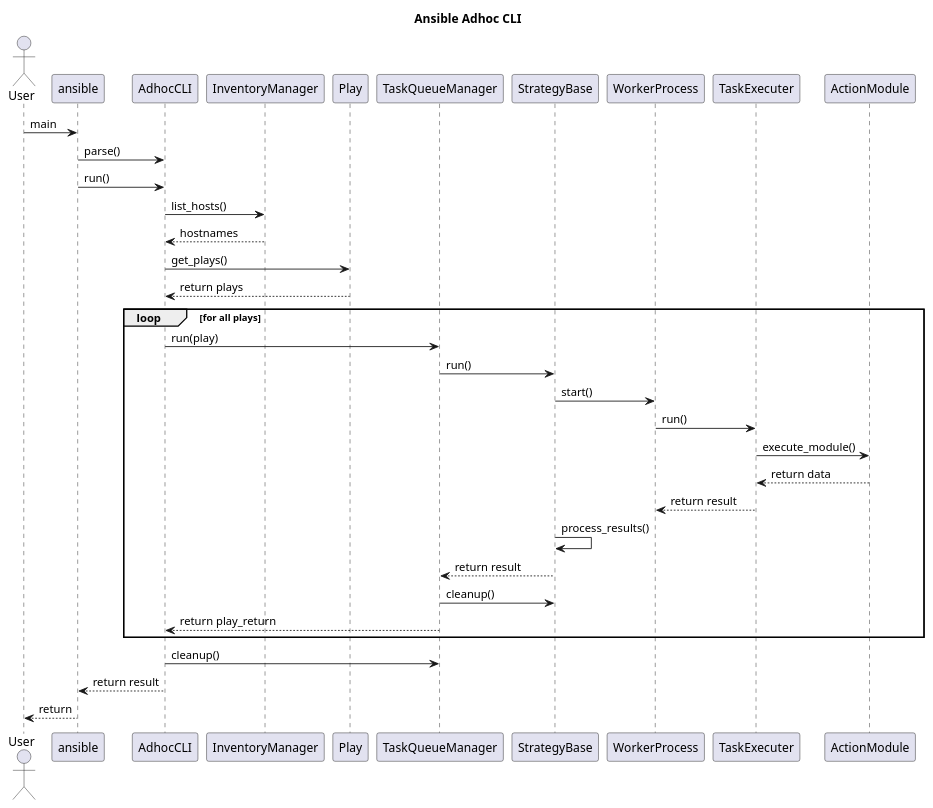
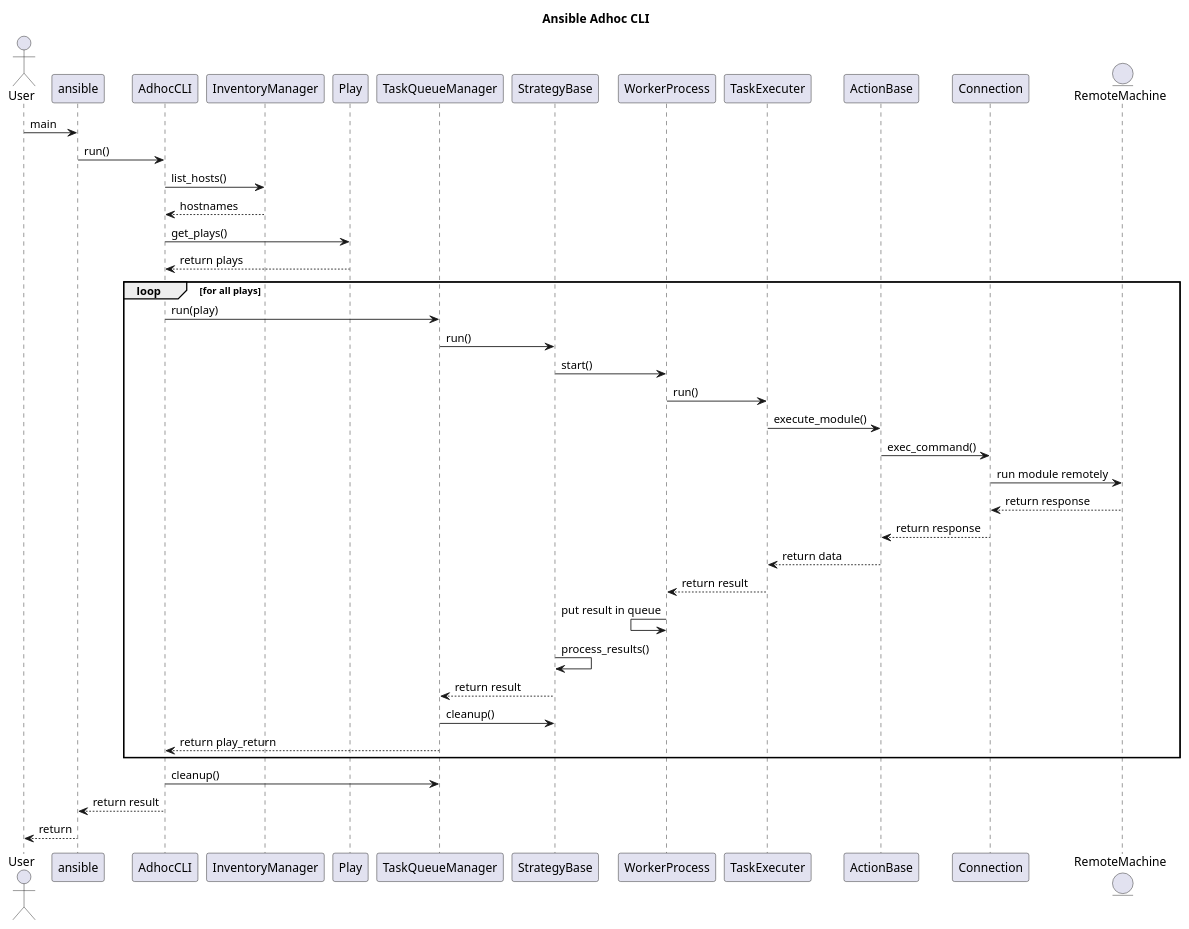
Before and after one commit to ezequiels/nazz: the diagram in project/uml/SequenceDiagram/AdhocCLI.puml, drawn with PlantUML.

Commit message:
Updated adhocLI seq diagram

```diff
--- a/project/uml/SequenceDiagram/AdhocCLI.puml
+++ b/project/uml/SequenceDiagram/AdhocCLI.puml
@@ -1,30 +1,35 @@
 @startuml
 
 title Ansible Adhoc CLI
 actor User
 User->ansible: main
-ansible->AdhocCLI: parse()
 ansible->AdhocCLI: run()
 AdhocCLI->InventoryManager: list_hosts()
 InventoryManager-->AdhocCLI: hostnames
 AdhocCLI->Play: get_plays()
 Play-->AdhocCLI: return plays
 loop for all plays
     AdhocCLI->TaskQueueManager:run(play)
     TaskQueueManager->StrategyBase: run()
     StrategyBase->WorkerProcess: start()
     WorkerProcess->TaskExecuter: run()
-    TaskExecuter->ActionModule: execute_module()
-    ActionModule-->TaskExecuter: return data
+    TaskExecuter->ActionBase: execute_module()
+    ActionBase -> Connection: exec_command()
+    entity RemoteMachine
+    Connection->RemoteMachine:run module remotely
+    Connection <-- RemoteMachine: return response
+    ActionBase <-- Connection: return response
+    ActionBase-->TaskExecuter: return data
     TaskExecuter-->WorkerProcess: return result
+    WorkerProcess <- WorkerProcess: put result in queue
     StrategyBase->StrategyBase:process_results()
     StrategyBase-->TaskQueueManager: return result
     TaskQueueManager-> StrategyBase: cleanup()
     TaskQueueManager-->AdhocCLI: return play_return
 end
 AdhocCLI->TaskQueueManager: cleanup()
 AdhocCLI-->ansible: return result
 ansible-->User: return
 
 
 @enduml
```
